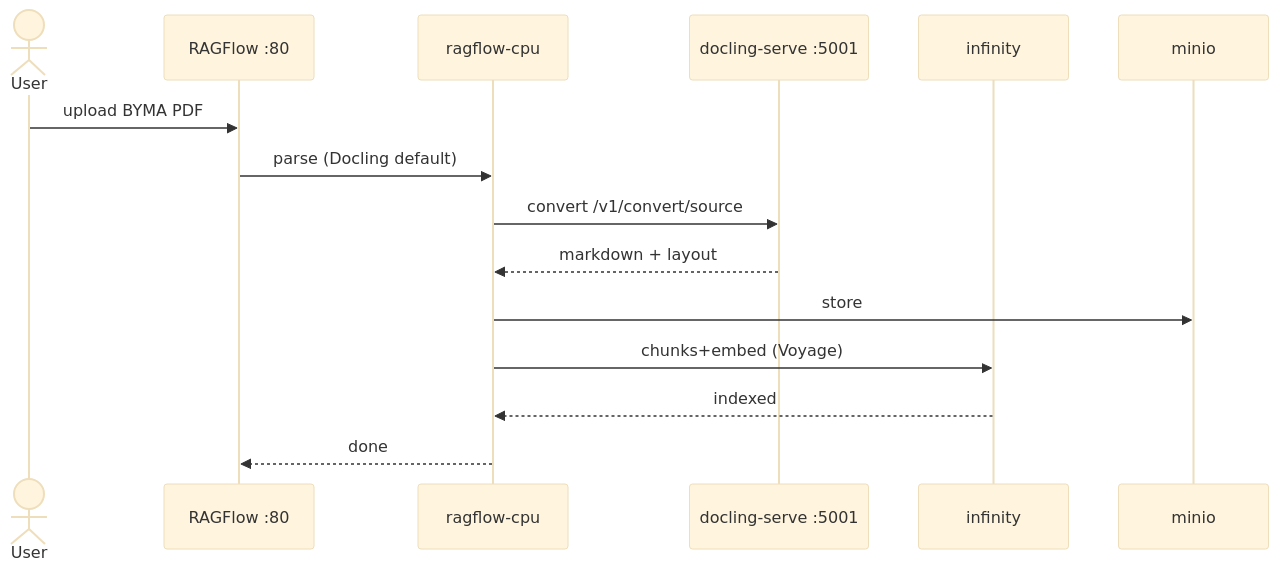
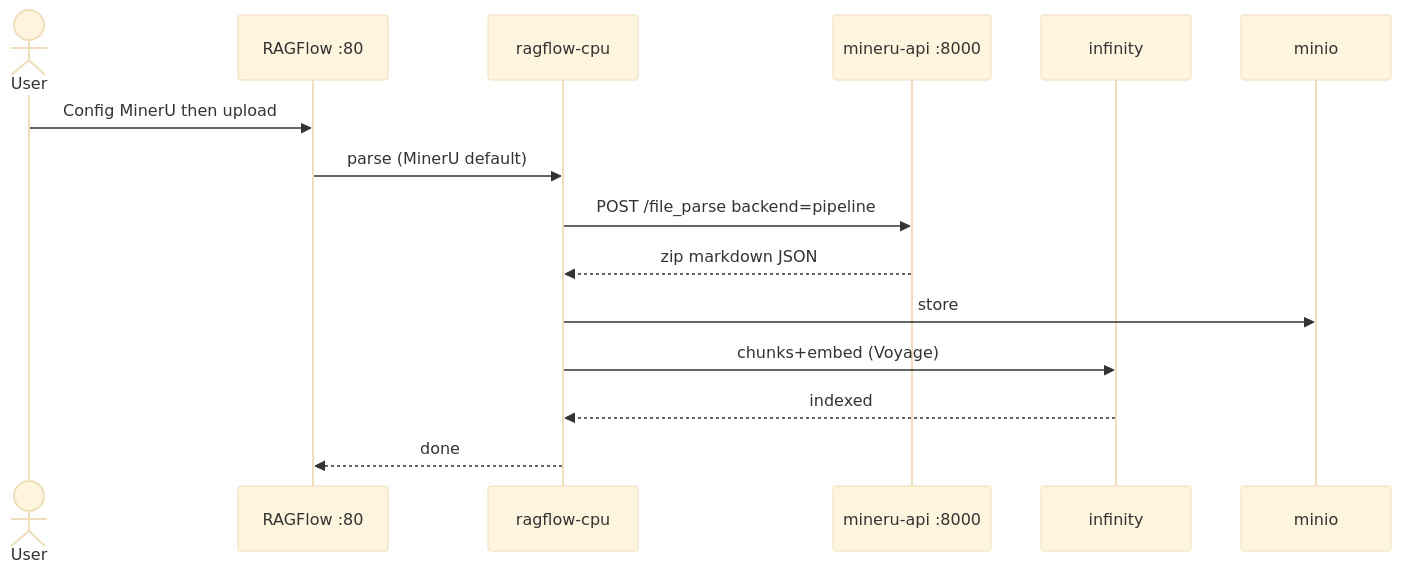
The first of 2 diagrams in openspec/changes/ledger-lens-ragflow/design.md (javi2481/LEDGERLENS), drawn with Mermaid (base theme) before and after one commit. The commit also changed other lines of this file and 34 other files, not shown here.

First line of the commit message:
Default the local demo to MinerU pipeline and native Gemini, dropping LiteLLM.

````diff
--- a/openspec/changes/ledger-lens-ragflow/design.md
+++ b/openspec/changes/ledger-lens-ragflow/design.md
@@ -24,17 +24,17 @@
 ```mermaid
 sequenceDiagram
   actor User
   participant UI as RAGFlow :80
   participant RF as ragflow-cpu
-  participant DS as docling-serve :5001
+  participant MU as mineru-api :8000
   participant Inf as infinity
   participant Min as minio
-  User->>UI: upload BYMA PDF
-  UI->>RF: parse (Docling default)
-  RF->>DS: convert /v1/convert/source
-  DS-->>RF: markdown + layout
+  User->>UI: Config MinerU then upload
+  UI->>RF: parse (MinerU default)
+  RF->>MU: POST /file_parse backend=pipeline
+  MU-->>RF: zip markdown JSON
   RF->>Min: store
   RF->>Inf: chunks+embed (Voyage)
   Inf-->>RF: indexed
   RF-->>UI: done
 ```
````
